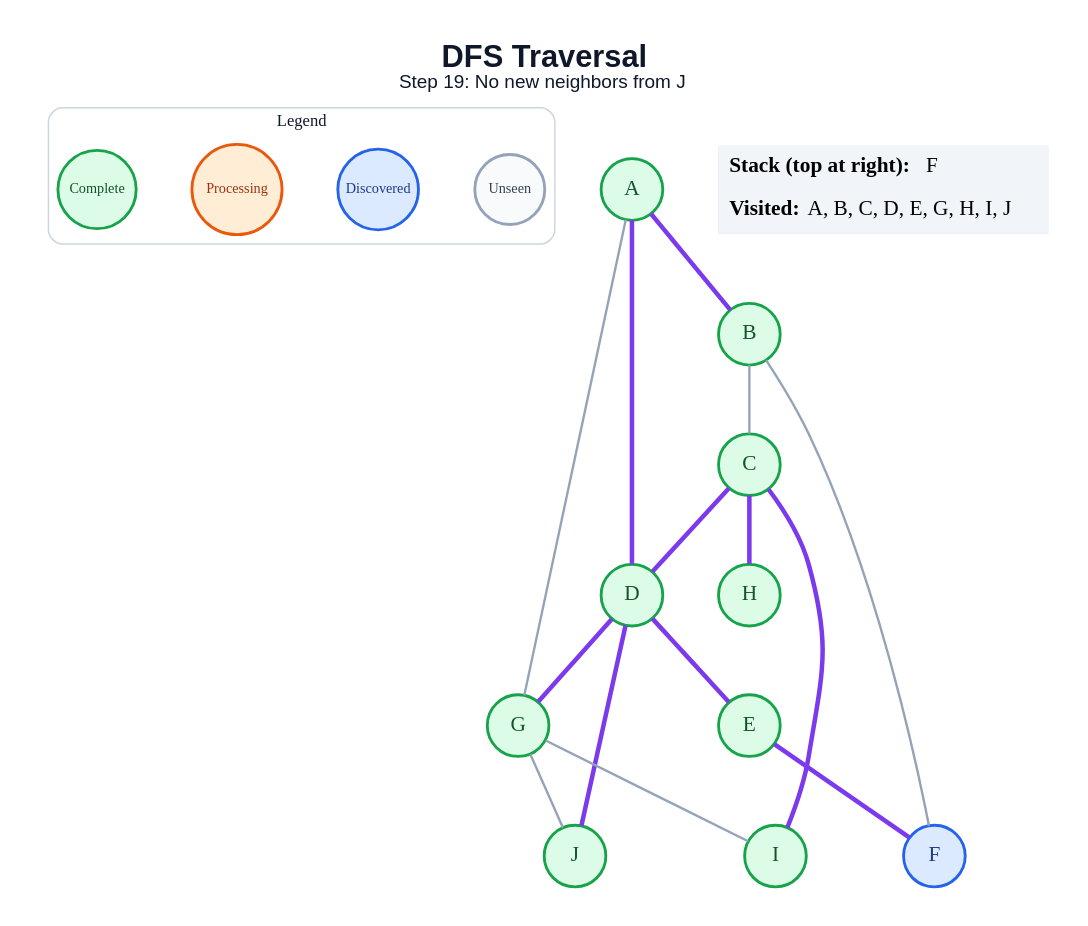
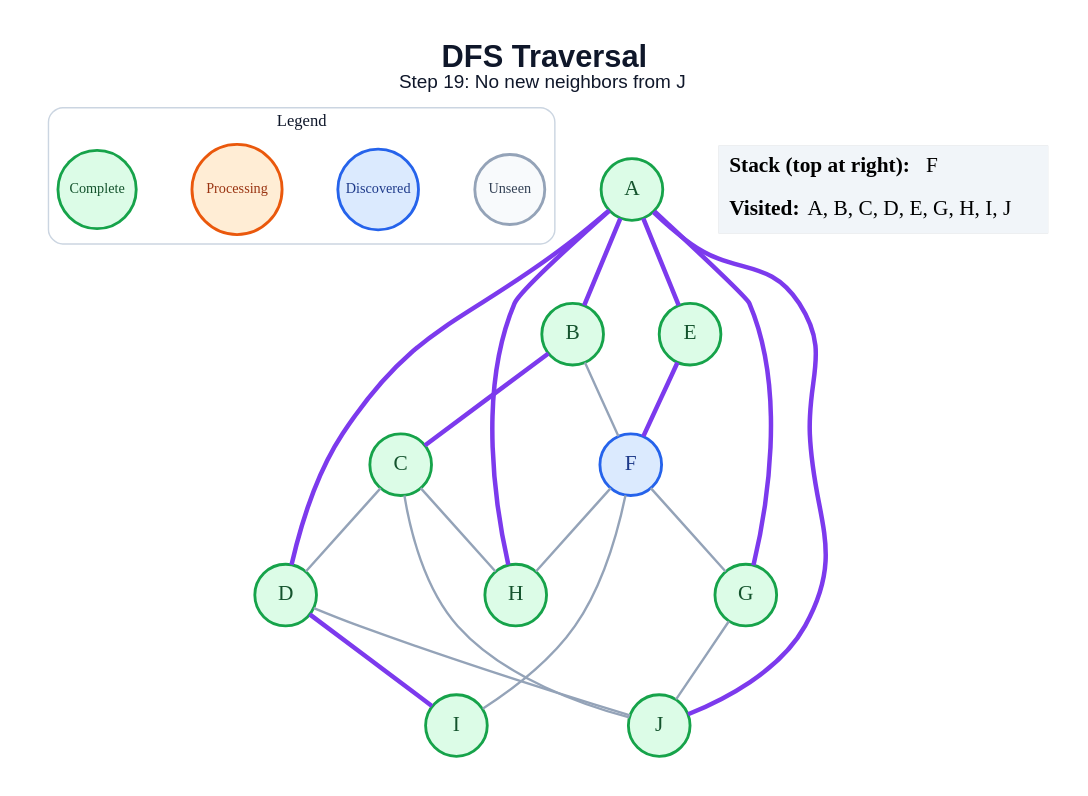
The diagram in generated/specific-node/dfs/step_19.dot (anon7238593-create/ai-slop), drawn with Graphviz before and after one commit. The commit also changed 178 other files, not shown here.

```diff
--- a/generated/specific-node/dfs/step_19.dot
+++ b/generated/specific-node/dfs/step_19.dot
@@ -1,43 +1,47 @@
 graph traversal {
   graph [layout=dot, rankdir=TB, bgcolor="#FFFFFF", pad="0.35", nodesep="0.65", ranksep="0.8", fontname="Arial"];
   node [shape=circle, style="filled", fontname="Arial Bold", fontsize=18, width=0.72, fixedsize=true, penwidth=2.4];
   edge [color="#94A3B8", penwidth=2.0];
   label=<<B>DFS Traversal</B><BR/><FONT POINT-SIZE="16">Step 19: No new neighbors from J</FONT>>; labelloc="t"; fontsize=26; fontname="Arial"; fontcolor="#0F172A";
   subgraph cluster_legend { label="Legend"; color="#CBD5E1"; penwidth=1.2; style="rounded"; fontsize=14; fontname="Arial Bold";
     key_unseen [label="Unseen", fillcolor="#F8FAFC", color="#94A3B8", fontcolor="#334155", fontsize=12, width=0.82];
     key_frontier [label="Discovered", fillcolor="#DBEAFE", color="#2563EB", fontcolor="#1E3A8A", fontsize=12, width=0.95];
     key_current [label="Processing", fillcolor="#FFEDD5", color="#EA580C", fontcolor="#9A3412", fontsize=12, width=1.05];
     key_done [label="Complete", fillcolor="#DCFCE7", color="#16A34A", fontcolor="#14532D", fontsize=12, width=0.92];
     { rank=same; key_unseen; key_frontier; key_current; key_done; }
   }
   A [fillcolor="#DCFCE7", color="#16A34A", fontcolor="#14532D"];
   B [fillcolor="#DCFCE7", color="#16A34A", fontcolor="#14532D"];
   C [fillcolor="#DCFCE7", color="#16A34A", fontcolor="#14532D"];
   D [fillcolor="#DCFCE7", color="#16A34A", fontcolor="#14532D"];
   E [fillcolor="#DCFCE7", color="#16A34A", fontcolor="#14532D"];
   F [fillcolor="#DBEAFE", color="#2563EB", fontcolor="#1E3A8A"];
   G [fillcolor="#DCFCE7", color="#16A34A", fontcolor="#14532D"];
   H [fillcolor="#DCFCE7", color="#16A34A", fontcolor="#14532D"];
   I [fillcolor="#DCFCE7", color="#16A34A", fontcolor="#14532D"];
   J [fillcolor="#DCFCE7", color="#16A34A", fontcolor="#14532D"];
   A -- B [color="#7C3AED", penwidth=3.8];
   A -- D [color="#7C3AED", penwidth=3.8];
-  A -- G;
-  B -- C;
+  A -- E [color="#7C3AED", penwidth=3.8];
+  A -- G [color="#7C3AED", penwidth=3.8];
+  A -- H [color="#7C3AED", penwidth=3.8];
+  A -- J [color="#7C3AED", penwidth=3.8];
+  B -- C [color="#7C3AED", penwidth=3.8];
   B -- F;
-  C -- D [color="#7C3AED", penwidth=3.8];
-  C -- H [color="#7C3AED", penwidth=3.8];
-  C -- I [color="#7C3AED", penwidth=3.8];
-  D -- E [color="#7C3AED", penwidth=3.8];
-  D -- G [color="#7C3AED", penwidth=3.8];
-  D -- J [color="#7C3AED", penwidth=3.8];
+  C -- D;
+  C -- H;
+  C -- J;
+  D -- I [color="#7C3AED", penwidth=3.8];
+  D -- J;
   E -- F [color="#7C3AED", penwidth=3.8];
-  G -- I;
+  F -- G;
+  F -- H;
+  F -- I;
   G -- J;
   status [shape=plain, fixedsize=false, width=0, height=0, margin=0, label=<
     <TABLE BORDER="0" CELLBORDER="0" CELLPADDING="7" BGCOLOR="#F1F5F9">
       <TR><TD ALIGN="LEFT"><B>Stack (top at right):</B> F</TD></TR>
       <TR><TD ALIGN="LEFT"><B>Visited:</B> A, B, C, D, E, G, H, I, J</TD></TR>
     </TABLE>
   >];
 }
```
